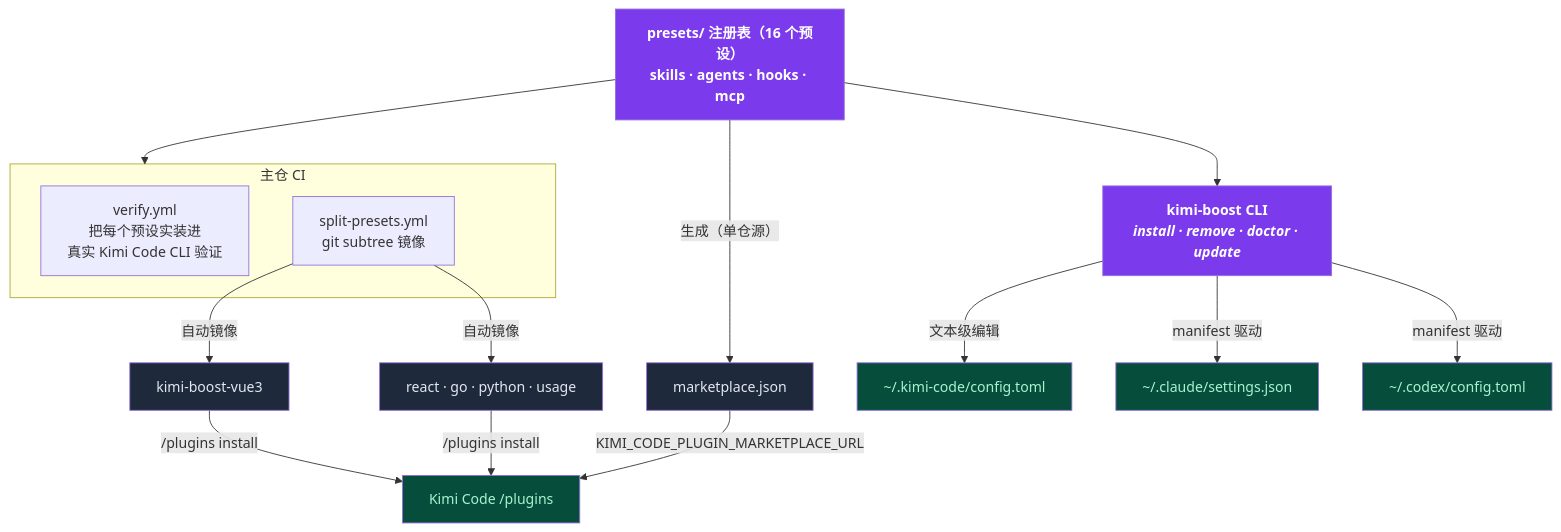
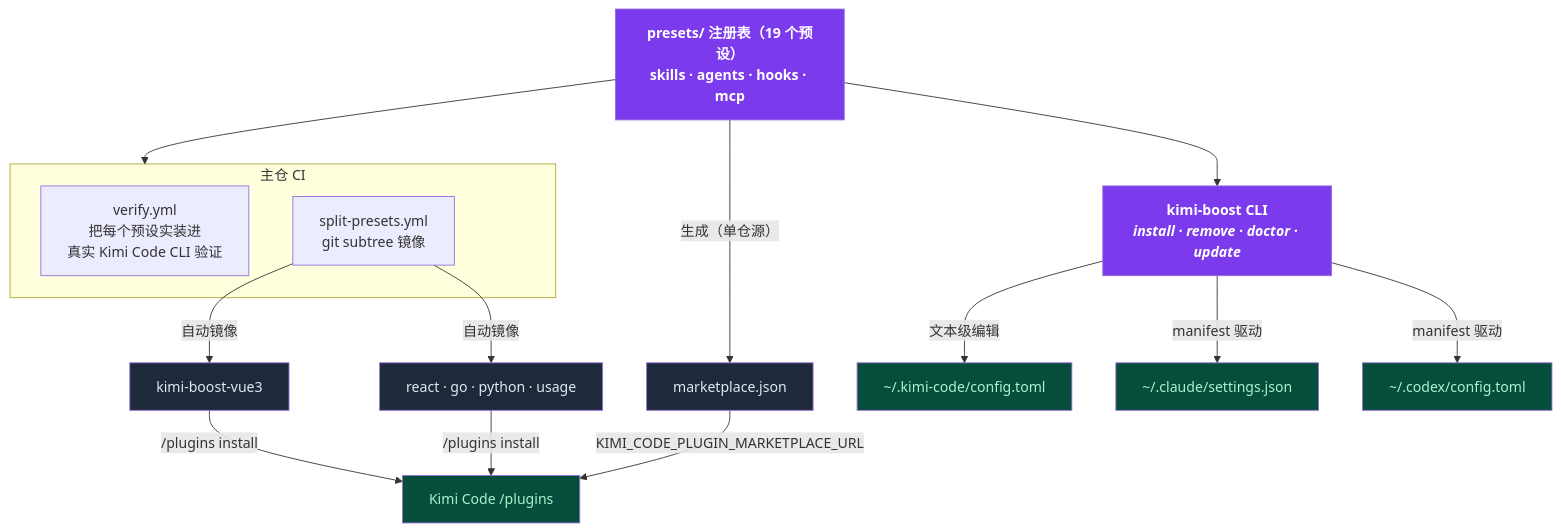
The diagram in docs/README.zh-CN.md (shidesheng0218/kimi-boost), drawn with Mermaid before and after one commit. The commit also changed other lines of this file and 1 other file, not shown here.

````diff
--- a/docs/README.zh-CN.md
+++ b/docs/README.zh-CN.md
@@ -246,29 +246,29 @@
 ```mermaid
 flowchart TD
-    REG["<b>presets/ 注册表</b>（16 个预设）<br/>skills · agents · hooks · mcp"]
+    REG["<b>presets/ 注册表</b>（19 个预设）<br/>skills · agents · hooks · mcp"]
 
     subgraph CI["主仓 CI"]
       VERIFY["verify.yml<br/>把每个预设实装进<br/>真实 Kimi Code CLI 验证"]
       SPLIT["split-presets.yml<br/>git subtree 镜像"]
     end
 
     REG --> CI
     SPLIT -->|"自动镜像"| M1["kimi-boost-vue3"]
     SPLIT -->|"自动镜像"| M2["react · go · python · usage"]
     M1 & M2 -->|"/plugins install"| KP["Kimi Code /plugins"]
     REG -->|"生成（单仓源）"| MKT["marketplace.json"]
     MKT -->|"KIMI_CODE_PLUGIN_MARKETPLACE_URL"| KP
 
     KB["<b>kimi-boost CLI</b><br/><i>install · remove · doctor · update</i>"]
     REG --> KB
     KB -->|"文本级编辑"| KCF["~/.kimi-code/config.toml"]
     KB -->|"manifest 驱动"| CCS["~/.claude/settings.json"]
     KB -->|"manifest 驱动"| CXC["~/.codex/config.toml"]
 
     classDef cli fill:#7c3aed,color:#fff,font-weight:bold;
     classDef tool fill:#1e293b,color:#e2e8f0;
     classDef out fill:#064e3b,color:#a7f3d0;
     class KB,REG cli;
     class M1,M2,MKT tool;
     class KCF,CCS,CXC,KP out;
 ```
````
